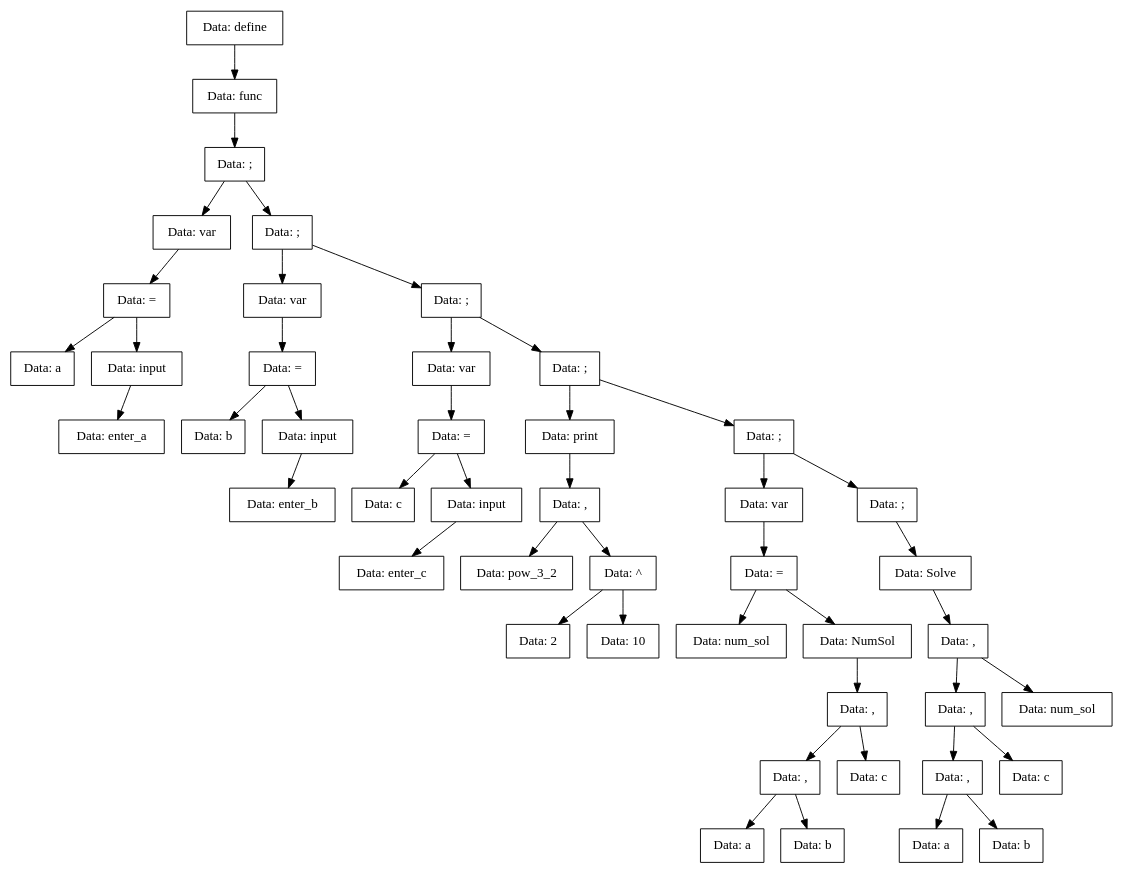
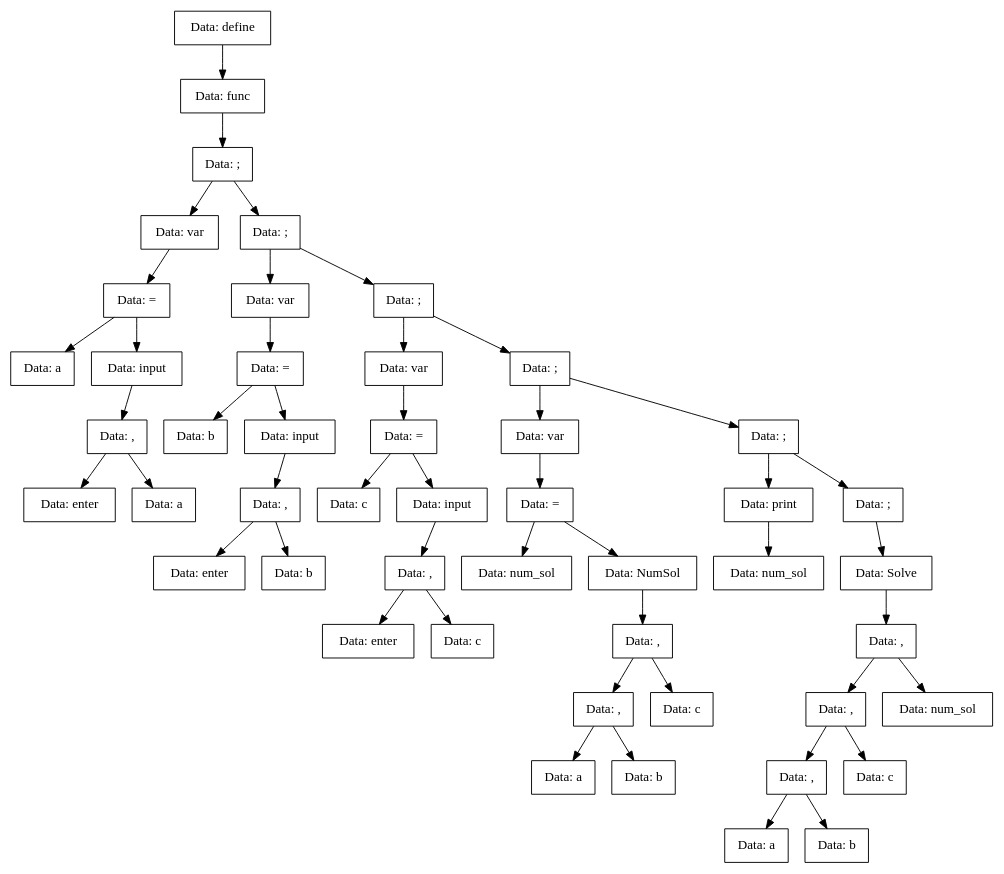
Before and after one commit to vorontsov-amd/Compiller: the diagram in TreeDump/func.dot, drawn with Graphviz. The commit also changed 24 other files, not shown here.

Commit message:
almost ready. Add func sin, cos, log, pow, operators && and ||

```diff
--- a/TreeDump/func.dot
+++ b/TreeDump/func.dot
@@ -1,93 +1,97 @@
 digraph func{
-Node0x560e7d4434b0[shape="record", label="Data: define"];
-Node0x560e7d443410[shape="record", label="Data: func"];
-Node0x560e7d443190[shape="record", label="Data: ;"];
-Node0x560e7d4431e0[shape="record", label="Data: var"];
-Node0x560e7d443280[shape="record", label="Data: ="];
-Node0x560e7d4432d0[shape="record", label="Data: a"];
-Node0x560e7d443280->Node0x560e7d4432d0;
-Node0x560e7d443230[shape="record", label="Data: input"];
-Node0x560e7d4430a0[shape="record", label="Data: enter_a"];
-Node0x560e7d443230->Node0x560e7d4430a0;
-Node0x560e7d443280->Node0x560e7d443230;
-Node0x560e7d4431e0->Node0x560e7d443280;
-Node0x560e7d443190->Node0x560e7d4431e0;
-Node0x560e7d443c30[shape="record", label="Data: ;"];
-Node0x560e7d443910[shape="record", label="Data: var"];
-Node0x560e7d4436e0[shape="record", label="Data: ="];
-Node0x560e7d443500[shape="record", label="Data: b"];
-Node0x560e7d4436e0->Node0x560e7d443500;
-Node0x560e7d443320[shape="record", label="Data: input"];
-Node0x560e7d443140[shape="record", label="Data: enter_b"];
-Node0x560e7d443320->Node0x560e7d443140;
-Node0x560e7d4436e0->Node0x560e7d443320;
-Node0x560e7d443910->Node0x560e7d4436e0;
-Node0x560e7d443c30->Node0x560e7d443910;
-Node0x560e7d4430f0[shape="record", label="Data: ;"];
-Node0x560e7d443c80[shape="record", label="Data: var"];
-Node0x560e7d443dc0[shape="record", label="Data: ="];
-Node0x560e7d443e10[shape="record", label="Data: c"];
-Node0x560e7d443dc0->Node0x560e7d443e10;
-Node0x560e7d443d70[shape="record", label="Data: input"];
-Node0x560e7d443e60[shape="record", label="Data: enter_c"];
-Node0x560e7d443d70->Node0x560e7d443e60;
-Node0x560e7d443dc0->Node0x560e7d443d70;
-Node0x560e7d443c80->Node0x560e7d443dc0;
-Node0x560e7d4430f0->Node0x560e7d443c80;
-Node0x560e7d443d20[shape="record", label="Data: ;"];
-Node0x560e7d443eb0[shape="record", label="Data: print"];
-Node0x560e7d443cd0[shape="record", label="Data: ,"];
-Node0x560e7d443960[shape="record", label="Data: pow_3_2"];
-Node0x560e7d443cd0->Node0x560e7d443960;
-Node0x560e7d443b40[shape="record", label="Data: ^"];
-Node0x560e7d443b90[shape="record", label="Data: 2"];
-Node0x560e7d443b40->Node0x560e7d443b90;
-Node0x560e7d443af0[shape="record", label="Data: 10"];
-Node0x560e7d443b40->Node0x560e7d443af0;
-Node0x560e7d443cd0->Node0x560e7d443b40;
-Node0x560e7d443eb0->Node0x560e7d443cd0;
-Node0x560e7d443d20->Node0x560e7d443eb0;
-Node0x560e7d443be0[shape="record", label="Data: ;"];
-Node0x560e7d443aa0[shape="record", label="Data: var"];
-Node0x560e7d443a50[shape="record", label="Data: ="];
-Node0x560e7d4439b0[shape="record", label="Data: num_sol"];
-Node0x560e7d443a50->Node0x560e7d4439b0;
-Node0x560e7d443a00[shape="record", label="Data: NumSol"];
-Node0x560e7d443550[shape="record", label="Data: ,"];
-Node0x560e7d4437d0[shape="record", label="Data: ,"];
-Node0x560e7d443870[shape="record", label="Data: a"];
-Node0x560e7d4437d0->Node0x560e7d443870;
-Node0x560e7d4438c0[shape="record", label="Data: b"];
-Node0x560e7d4437d0->Node0x560e7d4438c0;
-Node0x560e7d443550->Node0x560e7d4437d0;
-Node0x560e7d443820[shape="record", label="Data: c"];
-Node0x560e7d443550->Node0x560e7d443820;
-Node0x560e7d443a00->Node0x560e7d443550;
-Node0x560e7d443a50->Node0x560e7d443a00;
-Node0x560e7d443aa0->Node0x560e7d443a50;
-Node0x560e7d443be0->Node0x560e7d443aa0;
-Node0x560e7d443780[shape="record", label="Data: ;"];
-Node0x560e7d443730[shape="record", label="Data: Solve"];
-Node0x560e7d4435a0[shape="record", label="Data: ,"];
-Node0x560e7d443460[shape="record", label="Data: ,"];
-Node0x560e7d4433c0[shape="record", label="Data: ,"];
-Node0x560e7d443370[shape="record", label="Data: a"];
-Node0x560e7d4433c0->Node0x560e7d443370;
-Node0x560e7d4435f0[shape="record", label="Data: b"];
-Node0x560e7d4433c0->Node0x560e7d4435f0;
-Node0x560e7d443460->Node0x560e7d4433c0;
-Node0x560e7d443690[shape="record", label="Data: c"];
-Node0x560e7d443460->Node0x560e7d443690;
-Node0x560e7d4435a0->Node0x560e7d443460;
-Node0x560e7d443640[shape="record", label="Data: num_sol"];
-Node0x560e7d4435a0->Node0x560e7d443640;
-Node0x560e7d443730->Node0x560e7d4435a0;
-Node0x560e7d443780->Node0x560e7d443730;
-Node0x560e7d443be0->Node0x560e7d443780;
-Node0x560e7d443d20->Node0x560e7d443be0;
-Node0x560e7d4430f0->Node0x560e7d443d20;
-Node0x560e7d443c30->Node0x560e7d4430f0;
-Node0x560e7d443190->Node0x560e7d443c30;
-Node0x560e7d443410->Node0x560e7d443190;
-Node0x560e7d4434b0->Node0x560e7d443410;
+Node0x5589225ebbc0[shape="record", label="Data: define"];
+Node0x5589225ebc10[shape="record", label="Data: func"];
+Node0x5589225ebcb0[shape="record", label="Data: ;"];
+Node0x5589225ebd00[shape="record", label="Data: var"];
+Node0x5589225ebda0[shape="record", label="Data: ="];
+Node0x5589225ebd50[shape="record", label="Data: a"];
+Node0x5589225ebda0->Node0x5589225ebd50;
+Node0x5589225ebc60[shape="record", label="Data: input"];
+Node0x5589225ebad0[shape="record", label="Data: ,"];
+Node0x5589225ec700[shape="record", label="Data: enter"];
+Node0x5589225ebad0->Node0x5589225ec700;
+Node0x5589225ec610[shape="record", label="Data: a"];
+Node0x5589225ebad0->Node0x5589225ec610;
+Node0x5589225ebc60->Node0x5589225ebad0;
+Node0x5589225ebda0->Node0x5589225ebc60;
+Node0x5589225ebd00->Node0x5589225ebda0;
+Node0x5589225ebcb0->Node0x5589225ebd00;
+Node0x5589225ec2f0[shape="record", label="Data: ;"];
+Node0x5589225ec070[shape="record", label="Data: var"];
+Node0x5589225ebdf0[shape="record", label="Data: ="];
+Node0x5589225ebb70[shape="record", label="Data: b"];
+Node0x5589225ebdf0->Node0x5589225ebb70;
+Node0x5589225ebb20[shape="record", label="Data: input"];
+Node0x5589225ec750[shape="record", label="Data: ,"];
+Node0x5589225ec890[shape="record", label="Data: enter"];
+Node0x5589225ec750->Node0x5589225ec890;
+Node0x5589225ec8e0[shape="record", label="Data: b"];
+Node0x5589225ec750->Node0x5589225ec8e0;
+Node0x5589225ebb20->Node0x5589225ec750;
+Node0x5589225ebdf0->Node0x5589225ebb20;
+Node0x5589225ec070->Node0x5589225ebdf0;
+Node0x5589225ec2f0->Node0x5589225ec070;
+Node0x5589225ec840[shape="record", label="Data: ;"];
+Node0x5589225ec930[shape="record", label="Data: var"];
+Node0x5589225ec7f0[shape="record", label="Data: ="];
+Node0x5589225ec980[shape="record", label="Data: c"];
+Node0x5589225ec7f0->Node0x5589225ec980;
+Node0x5589225ec7a0[shape="record", label="Data: input"];
+Node0x5589225ec660[shape="record", label="Data: ,"];
+Node0x5589225ec4d0[shape="record", label="Data: enter"];
+Node0x5589225ec660->Node0x5589225ec4d0;
+Node0x5589225ec5c0[shape="record", label="Data: c"];
+Node0x5589225ec660->Node0x5589225ec5c0;
+Node0x5589225ec7a0->Node0x5589225ec660;
+Node0x5589225ec7f0->Node0x5589225ec7a0;
+Node0x5589225ec930->Node0x5589225ec7f0;
+Node0x5589225ec840->Node0x5589225ec930;
+Node0x5589225ec480[shape="record", label="Data: ;"];
+Node0x5589225ec430[shape="record", label="Data: var"];
+Node0x5589225ec390[shape="record", label="Data: ="];
+Node0x5589225ec340[shape="record", label="Data: num_sol"];
+Node0x5589225ec390->Node0x5589225ec340;
+Node0x5589225ec6b0[shape="record", label="Data: NumSol"];
+Node0x5589225ec570[shape="record", label="Data: ,"];
+Node0x5589225ec2a0[shape="record", label="Data: ,"];
+Node0x5589225ec200[shape="record", label="Data: a"];
+Node0x5589225ec2a0->Node0x5589225ec200;
+Node0x5589225ec1b0[shape="record", label="Data: b"];
+Node0x5589225ec2a0->Node0x5589225ec1b0;
+Node0x5589225ec570->Node0x5589225ec2a0;
+Node0x5589225ec110[shape="record", label="Data: c"];
+Node0x5589225ec570->Node0x5589225ec110;
+Node0x5589225ec6b0->Node0x5589225ec570;
+Node0x5589225ec390->Node0x5589225ec6b0;
+Node0x5589225ec430->Node0x5589225ec390;
+Node0x5589225ec480->Node0x5589225ec430;
+Node0x5589225ec0c0[shape="record", label="Data: ;"];
+Node0x5589225ec3e0[shape="record", label="Data: print"];
+Node0x5589225ec520[shape="record", label="Data: num_sol"];
+Node0x5589225ec3e0->Node0x5589225ec520;
+Node0x5589225ec0c0->Node0x5589225ec3e0;
+Node0x5589225ec250[shape="record", label="Data: ;"];
+Node0x5589225ebfd0[shape="record", label="Data: Solve"];
+Node0x5589225ec020[shape="record", label="Data: ,"];
+Node0x5589225ebf80[shape="record", label="Data: ,"];
+Node0x5589225ebf30[shape="record", label="Data: ,"];
+Node0x5589225ebe90[shape="record", label="Data: a"];
+Node0x5589225ebf30->Node0x5589225ebe90;
+Node0x5589225ebe40[shape="record", label="Data: b"];
+Node0x5589225ebf30->Node0x5589225ebe40;
+Node0x5589225ebf80->Node0x5589225ebf30;
+Node0x5589225ec160[shape="record", label="Data: c"];
+Node0x5589225ebf80->Node0x5589225ec160;
+Node0x5589225ec020->Node0x5589225ebf80;
+Node0x5589225ebee0[shape="record", label="Data: num_sol"];
+Node0x5589225ec020->Node0x5589225ebee0;
+Node0x5589225ebfd0->Node0x5589225ec020;
+Node0x5589225ec250->Node0x5589225ebfd0;
+Node0x5589225ec0c0->Node0x5589225ec250;
+Node0x5589225ec480->Node0x5589225ec0c0;
+Node0x5589225ec840->Node0x5589225ec480;
+Node0x5589225ec2f0->Node0x5589225ec840;
+Node0x5589225ebcb0->Node0x5589225ec2f0;
+Node0x5589225ebc10->Node0x5589225ebcb0;
+Node0x5589225ebbc0->Node0x5589225ebc10;
 }
```
